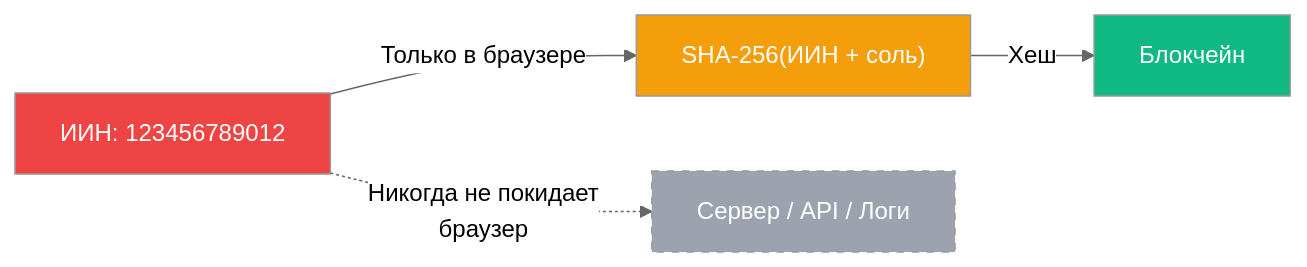
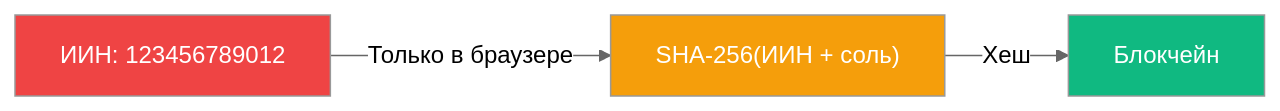
Before and after one commit to bogachev-alex/city-dao: the sixth of 7 diagrams in README.md, drawn with Mermaid (neutral theme). The commit also changed other lines of this file, not shown here.

````diff
--- a/README.md
+++ b/README.md
@@ -224,11 +218,10 @@
 ```mermaid
 flowchart LR
     A["ИИН: 123456789012"] -->|"Только в браузере"| B["SHA-256(ИИН + соль)"]
     B -->|"Хеш"| C["Блокчейн"]
-    A -.->|"Никогда не покидает<br/>браузер"| X["Сервер / API / Логи"]
+
 
     style A fill:#ef4444,color:#fff
     style B fill:#f59e0b,color:#fff
     style C fill:#10b981,color:#fff
-    style X fill:#9ca3af,color:#fff,stroke-dasharray: 5 5
 ```
````
